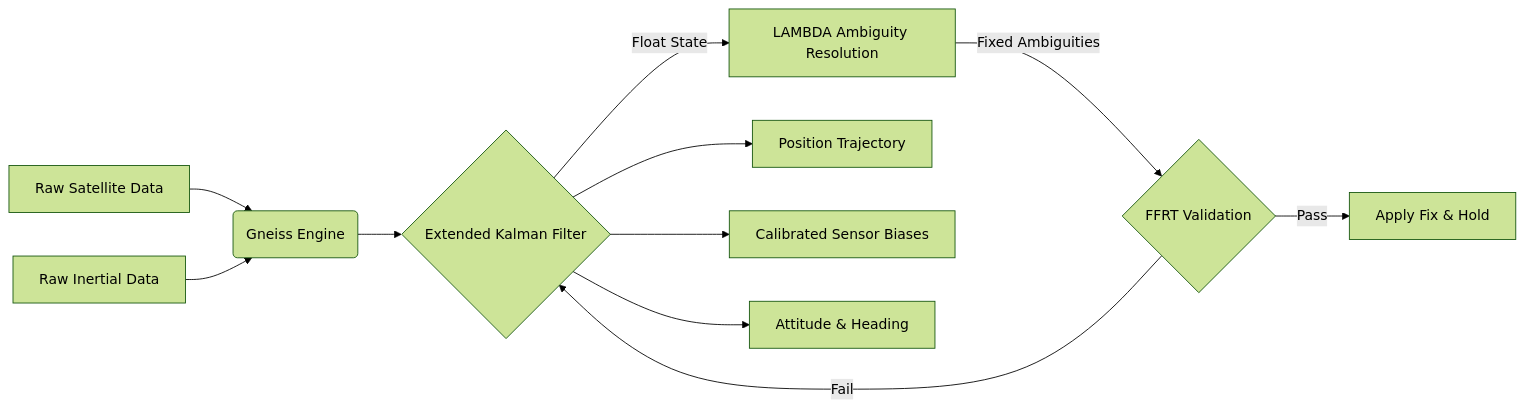
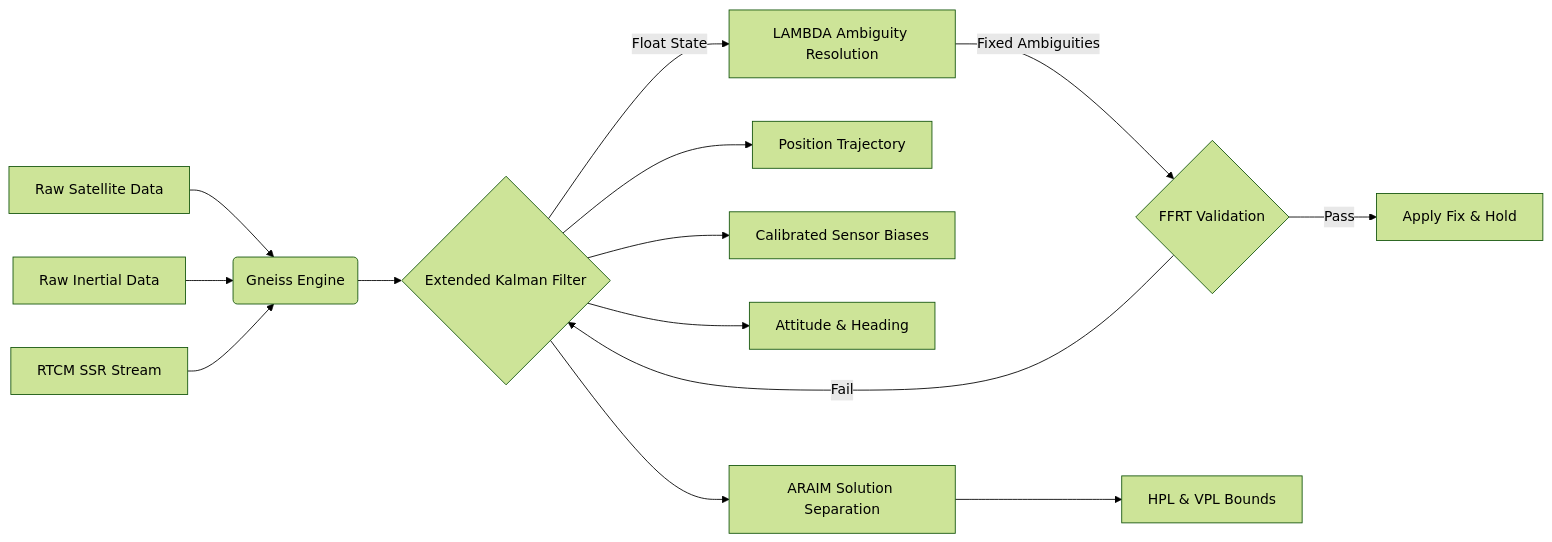
One commit to bneb/gneiss changed the diagram in README.md. Above: the diagram before and after it, drawn with Mermaid (forest theme). The commit also changed other lines of this file and 51 other files, not shown here.

````diff
--- a/README.md
+++ b/README.md
@@ -41,13 +44,16 @@
 ```mermaid
 graph LR
     A[Raw Satellite Data] --> B(Gneiss Engine)
     C[Raw Inertial Data] --> B
+    S[RTCM SSR Stream] --> B
     B --> D{Extended Kalman Filter}
     D -->|Float State| H[LAMBDA Ambiguity Resolution]
     H -->|Fixed Ambiguities| I{FFRT Validation}
     I -->|Pass| J[Apply Fix & Hold]
     I -->|Fail| D
     D --> E[Position Trajectory]
     D --> F[Calibrated Sensor Biases]
     D --> G[Attitude & Heading]
+    D --> K[ARAIM Solution Separation]
+    K --> L[HPL & VPL Bounds]
 ```
````
